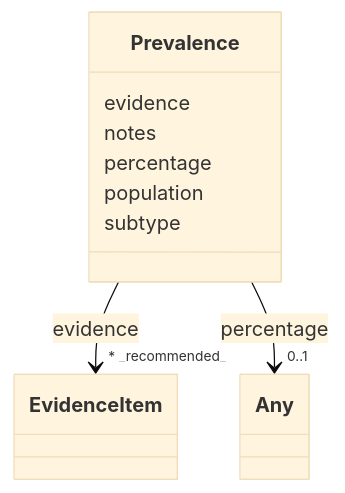
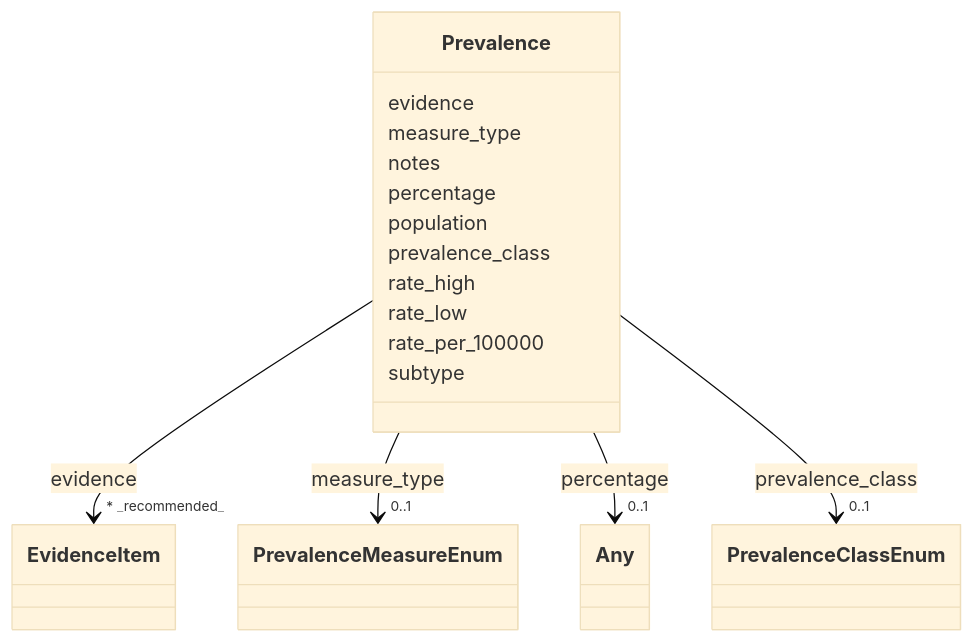
One commit to monarch-initiative/dismech changed the diagram in docs/schema/classes/Prevalence.md. Above: the diagram before and after it, drawn with Mermaid (base theme). The commit also changed other lines of this file and 393 other files, not shown here.

````diff
--- a/docs/schema/classes/Prevalence.md
+++ b/docs/schema/classes/Prevalence.md
@@ -13,34 +13,62 @@
 ```mermaid
  classDiagram
     class Prevalence
     click Prevalence href "../../classes/Prevalence/"
       Prevalence : evidence
         
           
     
         
         
         Prevalence --> "* _recommended_" EvidenceItem : evidence
         click EvidenceItem href "../../classes/EvidenceItem/"
+    
+
+        
+      Prevalence : measure_type
+        
+          
+    
+        
+        
+        Prevalence --> "0..1" PrevalenceMeasureEnum : measure_type
+        click PrevalenceMeasureEnum href "../../enums/PrevalenceMeasureEnum/"
     
 
         
       Prevalence : notes
         
       Prevalence : percentage
         
           
     
         
         
         Prevalence --> "0..1" Any : percentage
         click Any href "../../classes/Any/"
     
 
         
       Prevalence : population
         
+      Prevalence : prevalence_class
+        
+          
+    
+        
+        
+        Prevalence --> "0..1" PrevalenceClassEnum : prevalence_class
+        click PrevalenceClassEnum href "../../enums/PrevalenceClassEnum/"
+    
+
+        
+      Prevalence : rate_high
+        
+      Prevalence : rate_low
+        
+      Prevalence : rate_per_100000
+        
       Prevalence : subtype
         
       
 ```
````
